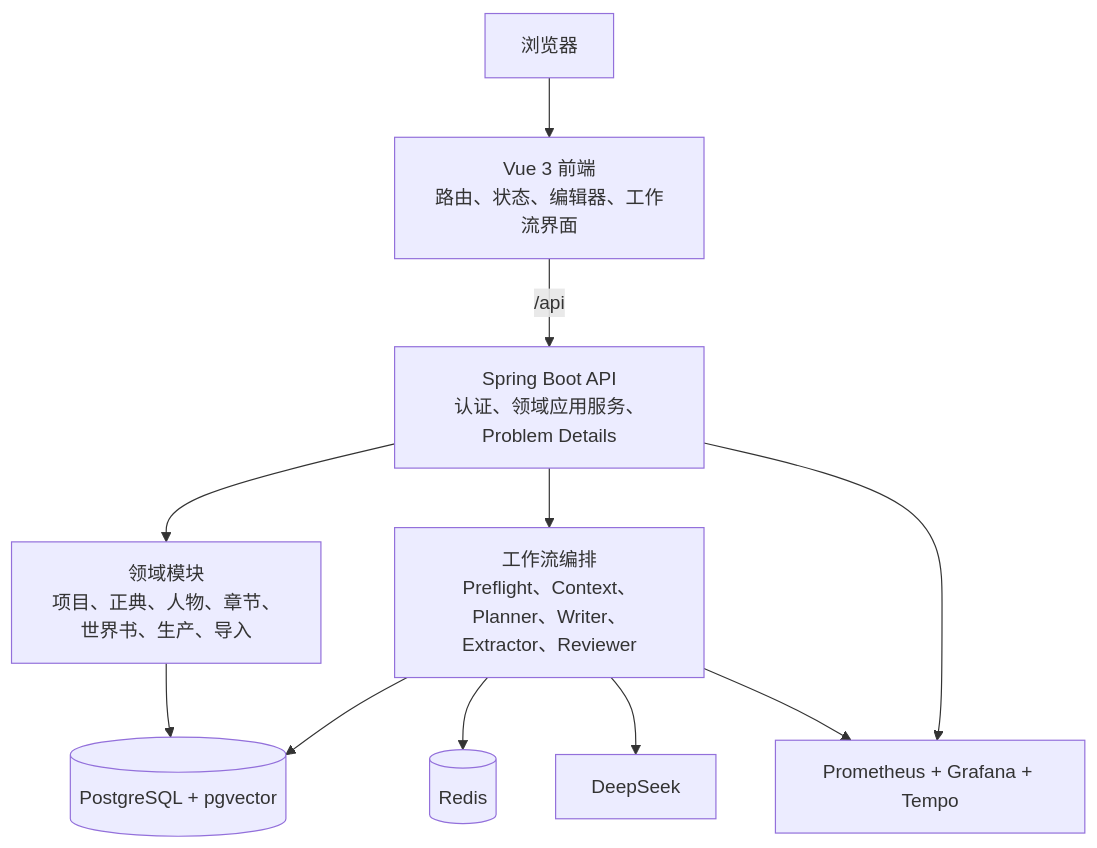
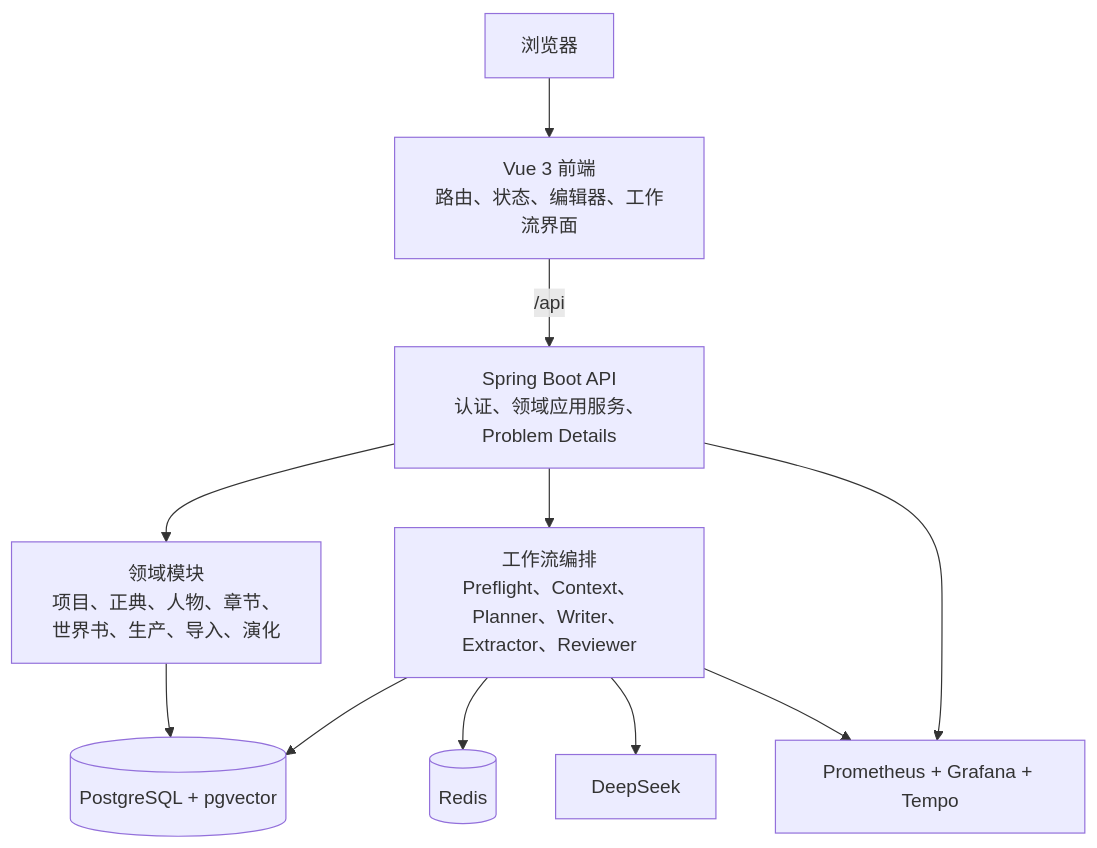
One commit to Ricardo-2005/StoryWeaver changed the first of 2 diagrams in docs/SYSTEM_ARCHITECTURE.md. Above: the diagram before and after it, drawn with Mermaid. The commit also changed other lines of this file and 104 other files, not shown here.

````diff
--- a/docs/SYSTEM_ARCHITECTURE.md
+++ b/docs/SYSTEM_ARCHITECTURE.md
@@ -9,23 +9,23 @@
 ```mermaid
 flowchart TB
     Browser[浏览器]
     Frontend[Vue 3 前端\n路由、状态、编辑器、工作流界面]
     Api[Spring Boot API\n认证、领域应用服务、Problem Details]
     Workflow[工作流编排\nPreflight、Context、Planner、Writer、Extractor、Reviewer]
-    Domain[领域模块\n项目、正典、人物、章节、世界书、生产、导入]
+    Domain[领域模块\n项目、正典、人物、章节、世界书、生产、导入、演化]
     Db[(PostgreSQL + pgvector)]
     Redis[(Redis)]
     Llm[DeepSeek]
     Observability[Prometheus + Grafana + Tempo]
 
     Browser --> Frontend
     Frontend -->|/api| Api
     Api --> Domain
     Api --> Workflow
     Domain --> Db
     Workflow --> Db
     Workflow --> Redis
     Workflow --> Llm
     Api --> Observability
     Workflow --> Observability
 ```
````
